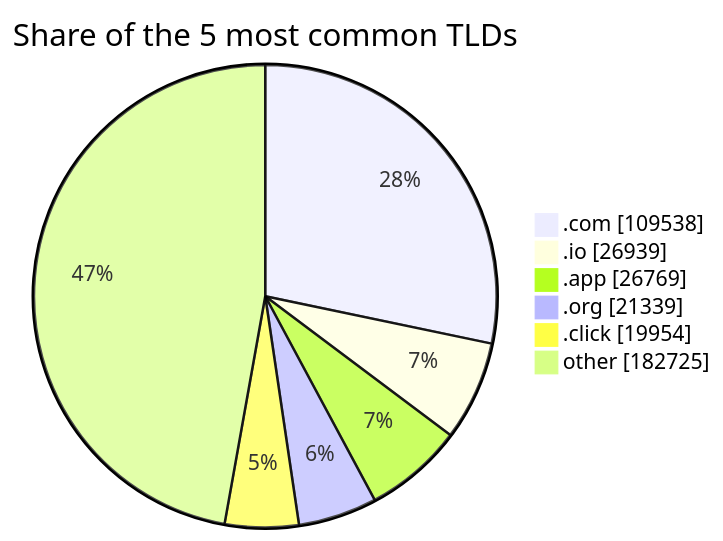
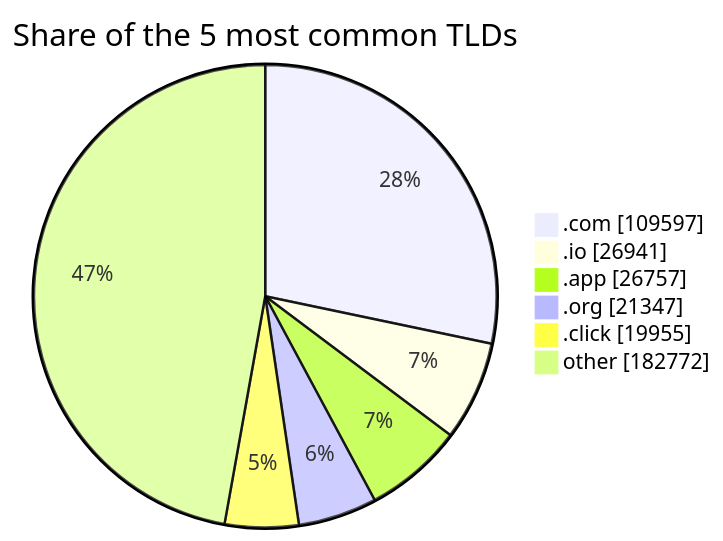
The third of 3 diagrams in README.md (DNSBunker/CTI), drawn with Mermaid before and after one commit. The commit also changed other lines of this file and 3 other files, not shown here.

````diff
--- a/README.md
+++ b/README.md
@@ -81,9 +81,9 @@
 ```mermaid
 pie showData title Share of the 5 most common TLDs
-    ".com" : 109538
-    ".io" : 26939
-    ".app" : 26769
-    ".org" : 21339
-    ".click" : 19954
-    "other" : 182725
+    ".com" : 109597
+    ".io" : 26941
+    ".app" : 26757
+    ".org" : 21347
+    ".click" : 19955
+    "other" : 182772
 ```
````
